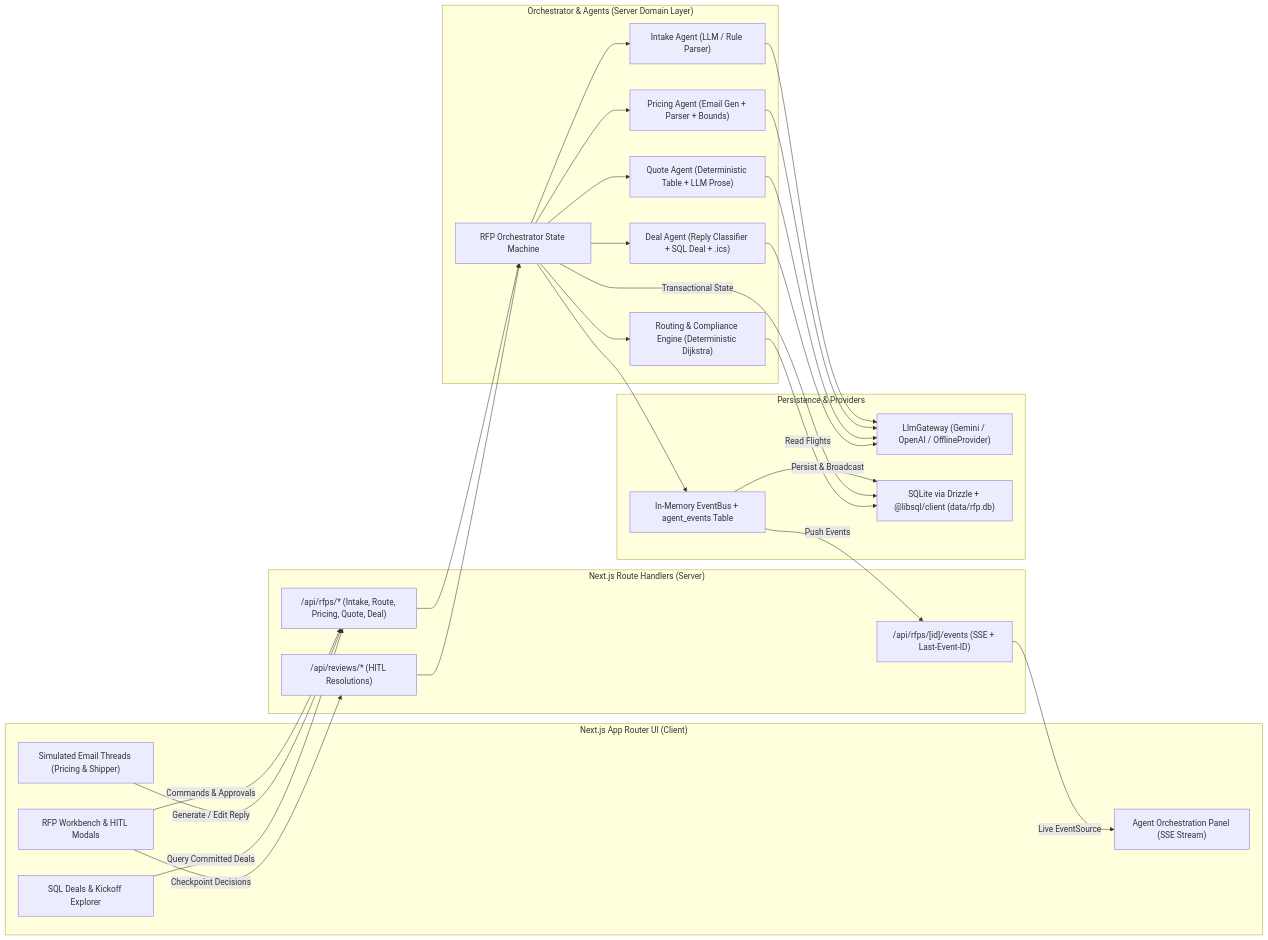
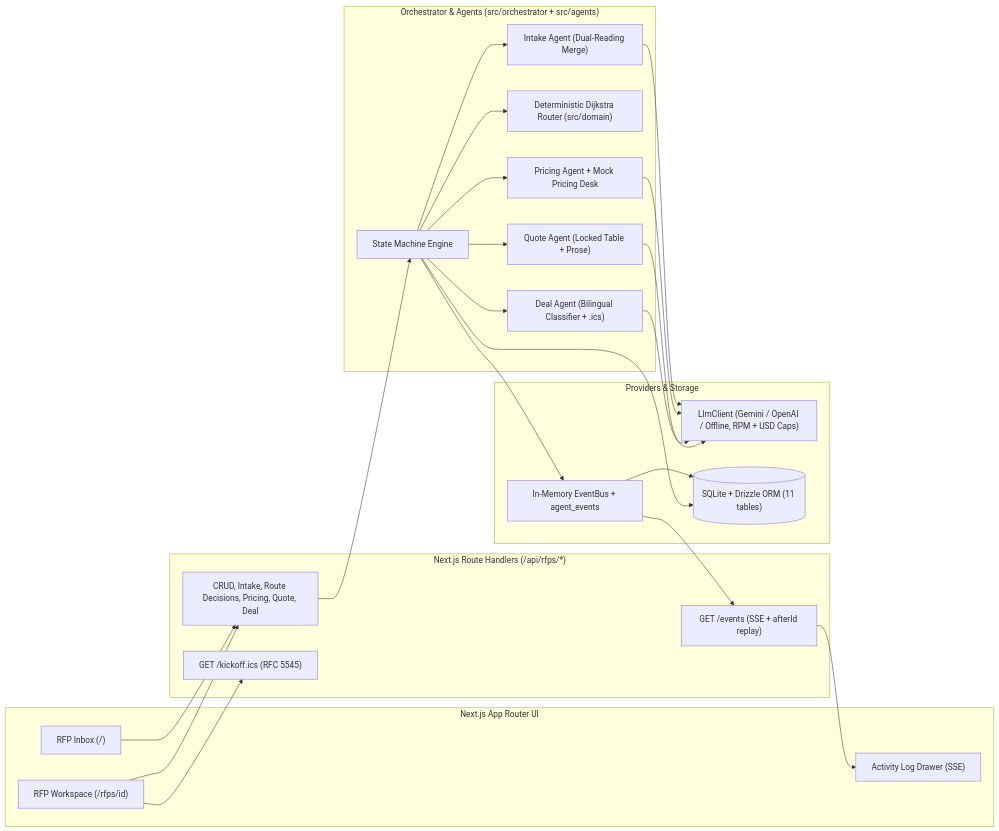
One commit to Otm02/air-freight-rfp-agent changed the first of 3 diagrams in docs/DESIGN.md. Above: the diagram before and after it, drawn with Mermaid. The commit also changed other lines of this file and 3 other files, not shown here.

````diff
--- a/docs/DESIGN.md
+++ b/docs/DESIGN.md
@@ -44,56 +35,51 @@
 ```mermaid
 flowchart LR
-    subgraph Client["Next.js App Router UI (Client)"]
-        Workspace["RFP Workbench & HITL Modals"]
-        InboxView["Simulated Email Threads (Pricing & Shipper)"]
-        OrchestratorPanel["Agent Orchestration Panel (SSE Stream)"]
-        DealsView["SQL Deals & Kickoff Explorer"]
+    subgraph Client["Next.js App Router UI"]
+        Inbox["RFP Inbox (/)"]
+        Workspace["RFP Workspace (/rfps/id)"]
+        StreamUI["Activity Log Drawer (SSE)"]
     end
 
-    subgraph API["Next.js Route Handlers (Server)"]
-        RfpApi["/api/rfps/* (Intake, Route, Pricing, Quote, Deal)"]
-        ReviewApi["/api/reviews/* (HITL Resolutions)"]
-        SseApi["/api/rfps/[id]/events (SSE + Last-Event-ID)"]
+    subgraph API["Next.js Route Handlers (/api/rfps/*)"]
+        RfpApi["CRUD, Intake, Route Decisions, Pricing, Quote, Deal"]
+        SseApi["GET /events (SSE + afterId replay)"]
+        IcsApi["GET /kickoff.ics (RFC 5545)"]
     end
 
-    subgraph Core["Orchestrator & Agents (Server Domain Layer)"]
-        Orchestrator["RFP Orchestrator State Machine"]
-        IntakeAgent["Intake Agent (LLM / Rule Parser)"]
-        RoutingEngine["Routing & Compliance Engine (Deterministic Dijkstra)"]
-        PricingAgent["Pricing Agent (Email Gen + Parser + Bounds)"]
-        QuoteAgent["Quote Agent (Deterministic Table + LLM Prose)"]
-        DealAgent["Deal Agent (Reply Classifier + SQL Deal + .ics)"]
+    subgraph Engine["Orchestrator & Agents (src/orchestrator + src/agents)"]
+        Orch["State Machine Engine"]
+        Intake["Intake Agent (Dual-Reading Merge)"]
+        Routing["Deterministic Dijkstra Router (src/domain)"]
+        Pricing["Pricing Agent + Mock Pricing Desk"]
+        Quote["Quote Agent (Locked Table + Prose)"]
+        Deal["Deal Agent (Bilingual Classifier + .ics)"]
     end
 
-    subgraph Infra["Persistence & Providers"]
-        LLM["LlmGateway (Gemini / OpenAI / OfflineProvider)"]
-        DB["SQLite via Drizzle + @libsql/client (data/rfp.db)"]
-        EventBus["In-Memory EventBus + agent_events Table"]
+    subgraph Infra["Providers & Storage"]
+        LLM["LlmClient (Gemini / OpenAI / Offline, RPM + USD Caps)"]
+        DB[("SQLite + Drizzle ORM (11 tables)")]
+        Bus["In-Memory EventBus + agent_events"]
     end
 
-    Workspace -->|"Commands & Approvals"| RfpApi
-    Workspace -->|"Checkpoint Decisions"| ReviewApi
-    InboxView -->|"Generate / Edit Reply"| RfpApi
-    SseApi -->|"Live EventSource"| OrchestratorPanel
+    Inbox --> RfpApi
+    Workspace --> RfpApi
+    Workspace --> IcsApi
+    SseApi --> StreamUI
 
-    RfpApi --> Orchestrator
-    ReviewApi --> Orchestrator
+    RfpApi --> Orch
+    Orch --> Intake
+    Orch --> Routing
+    Orch --> Pricing
+    Orch --> Quote
+    Orch --> Deal
 
-    Orchestrator --> IntakeAgent
-    Orchestrator --> RoutingEngine
-    Orchestrator --> PricingAgent
-    Orchestrator --> QuoteAgent
-    Orchestrator --> DealAgent
+    Intake --> LLM
+    Pricing --> LLM
+    Quote --> LLM
+    Deal --> LLM
 
-    IntakeAgent --> LLM
-    PricingAgent --> LLM
-    QuoteAgent --> LLM
-    DealAgent --> LLM
-
-    Orchestrator --> EventBus
-    EventBus -->|"Persist & Broadcast"| DB
-    EventBus -->|"Push Events"| SseApi
-    Orchestrator -->|"Transactional State"| DB
-    RoutingEngine -->|"Read Flights"| DB
-    DealsView -->|"Query Committed Deals"| RfpApi
+    Orch --> Bus
+    Bus --> DB
+    Bus --> SseApi
+    Orch --> DB
 ```
````
